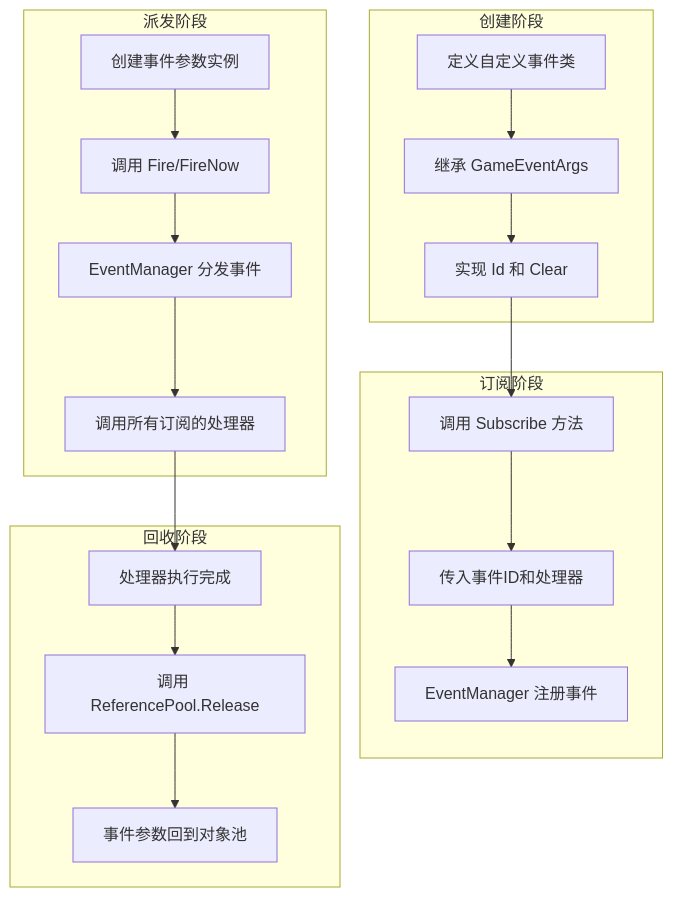
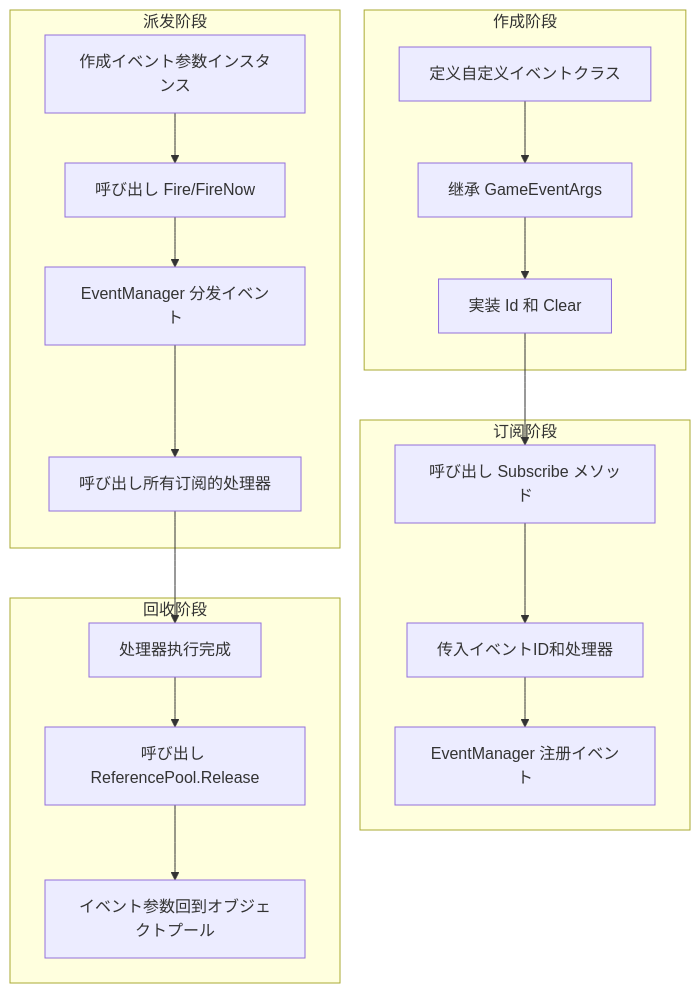
Before and after one commit to AlianBlank/GameFrameX.Docs: the second of 2 diagrams in docs/ja/client/unity/component/event/07.game-event-args.md, drawn with Mermaid. The commit also changed other lines of this file and 603 other files, not shown here.

````diff
--- a/docs/ja/client/unity/component/event/07.game-event-args.md
+++ b/docs/ja/client/unity/component/event/07.game-event-args.md
@@ -118,26 +118,26 @@
 ```mermaid
 flowchart TD
-    subgraph 创建阶段
-        A[定义自定义事件类] --> B[继承 GameEventArgs]
-        B --> C[实现 Id 和 Clear]
+    subgraph 作成阶段
+        A[定义自定义イベントクラス] --> B[继承 GameEventArgs]
+        B --> C[実装 Id 和 Clear]
     end
     
     subgraph 订阅阶段
-        D[调用 Subscribe 方法] --> E[传入事件ID和处理器]
-        E --> F[EventManager 注册事件]
+        D[呼び出し Subscribe メソッド] --> E[传入イベントID和处理器]
+        E --> F[EventManager 注册イベント]
     end
     
     subgraph 派发阶段
-        G[创建事件参数实例] --> H[调用 Fire/FireNow]
-        H --> I[EventManager 分发事件]
-        I --> J[调用所有订阅的处理器]
+        G[作成イベント参数インスタンス] --> H[呼び出し Fire/FireNow]
+        H --> I[EventManager 分发イベント]
+        I --> J[呼び出し所有订阅的处理器]
     end
     
     subgraph 回收阶段
-        K[处理器执行完成] --> L[调用 ReferencePool.Release]
-        L --> M[事件参数回到对象池]
+        K[处理器执行完成] --> L[呼び出し ReferencePool.Release]
+        L --> M[イベント参数回到オブジェクトプール]
     end
     
     C --> D
     J --> K
 ```
````
